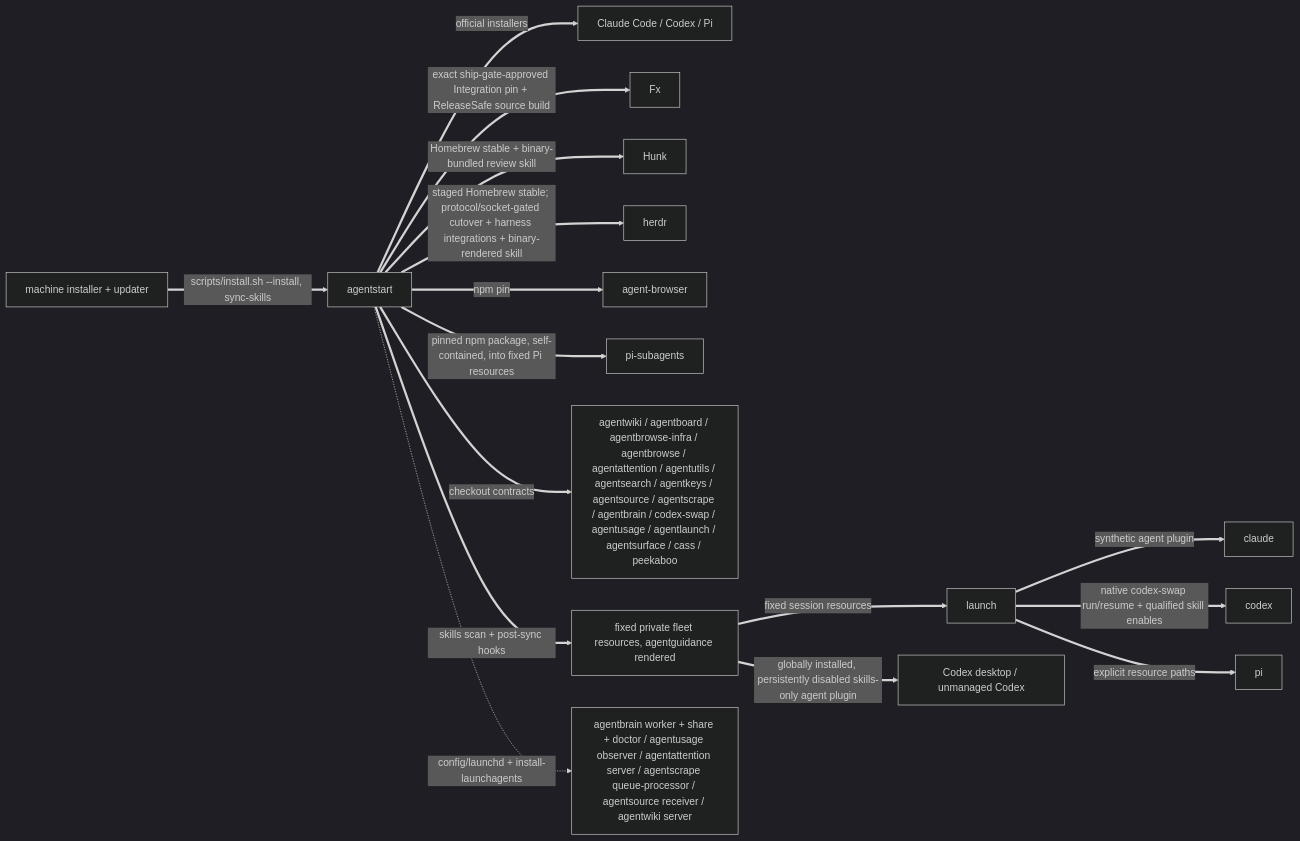
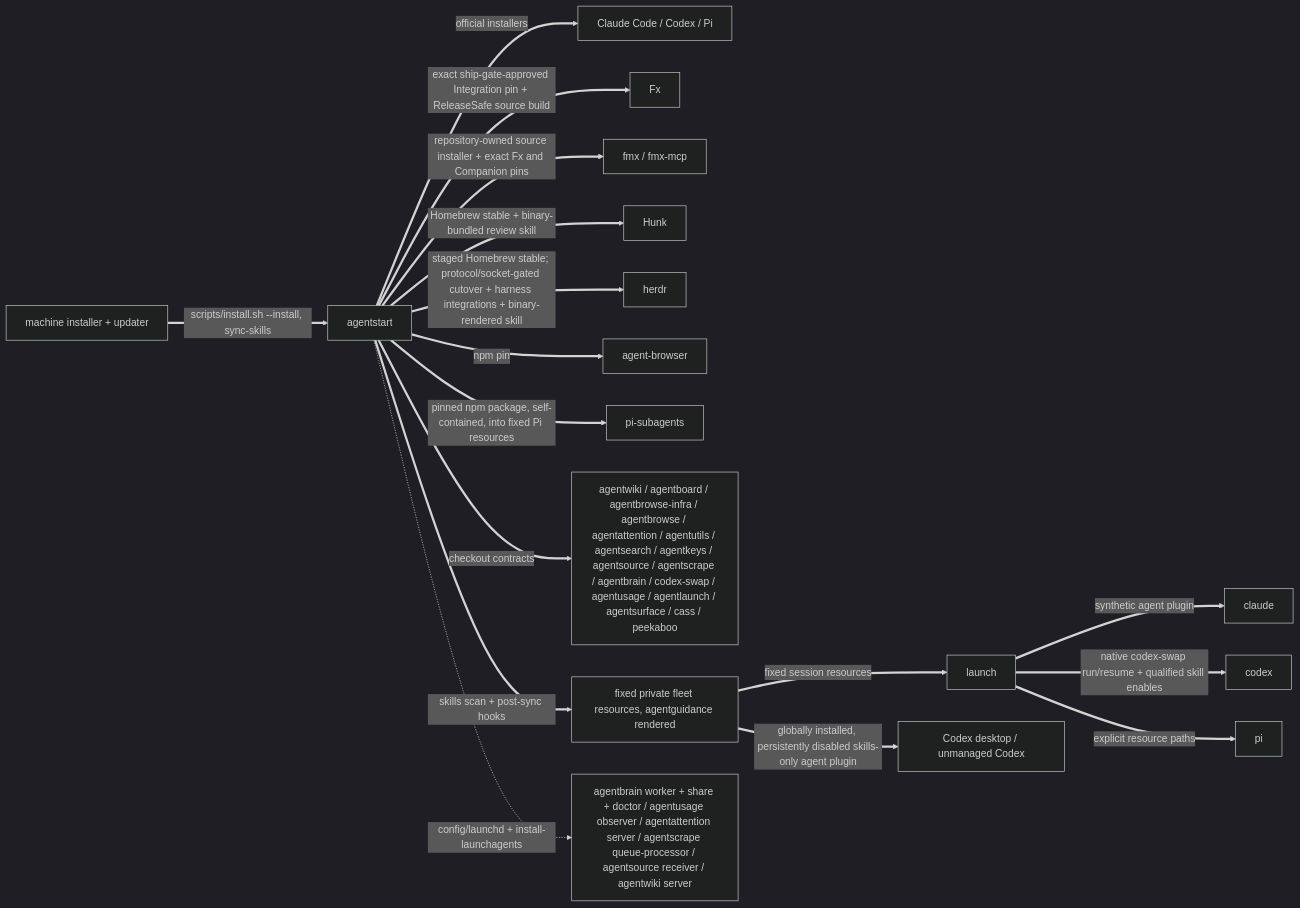
One commit to possibilities/agentstart changed the second of 3 diagrams in skills/fleet/MAP.md. Above: the diagram before and after it, drawn with Mermaid (dark theme). The commit also changed other lines of this file and 5 other files, not shown here.

Commit message:
Track fmx MCP work control

````diff
--- a/skills/fleet/MAP.md
+++ b/skills/fleet/MAP.md
@@ -83,21 +87,22 @@
 ```mermaid
 flowchart LR
     machine[machine installer + updater]
     start[agentstart]
 
     machine ==>|scripts/install.sh --install, sync-skills| start
     start ==>|official installers| harnesses[Claude Code / Codex / Pi]
     start ==>|exact ship-gate-approved Integration pin + ReleaseSafe source build| fx[Fx]
+    start ==>|repository-owned source installer + exact Fx and Companion pins| fmxInstall[fmx / fmx-mcp]
     start ==>|Homebrew stable + binary-bundled review skill| hunk[Hunk]
     start ==>|staged Homebrew stable; protocol/socket-gated cutover + harness integrations + binary-rendered skill| herdrInstall[herdr]
     start ==>|npm pin| browser[agent-browser]
     start ==>|pinned npm package, self-contained, into fixed Pi resources| piSubagents[pi-subagents]
     start ==>|checkout contracts| fleet[agentwiki / agentboard / agentbrowse-infra / agentbrowse / agentattention / agentutils / agentsearch / agentkeys / agentsource / agentscrape / agentbrain / codex-swap / agentusage / agentlaunch / agentsurface / cass / peekaboo]
     start ==>|skills scan + post-sync hooks| skills[fixed private fleet resources, agentguidance rendered]
     skills ==>|fixed session resources| launch
     launch ==>|synthetic agent plugin| claude
     launch ==>|native codex-swap run/resume + qualified skill enables| codex
     launch ==>|explicit resource paths| pi
     skills ==>|globally installed, persistently disabled skills-only agent plugin| codexDesktop[Codex desktop / unmanaged Codex]
     start -.->|config/launchd + install-launchagents| services[agentbrain worker + share + doctor / agentusage observer / agentattention server / agentscrape queue-processor / agentsource receiver / agentwiki server]
 ```
````
